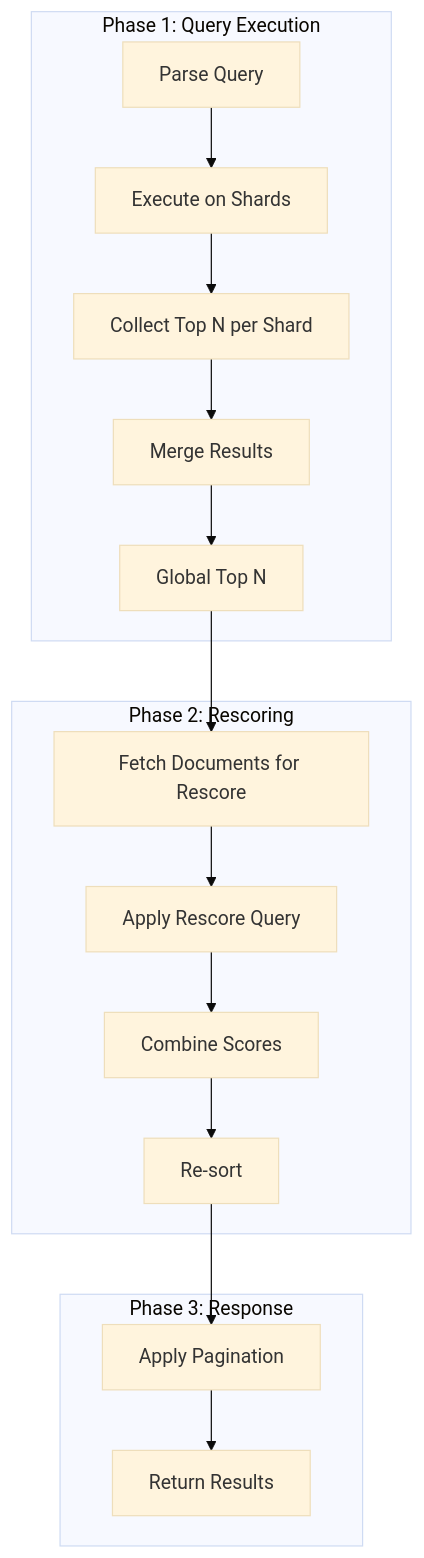
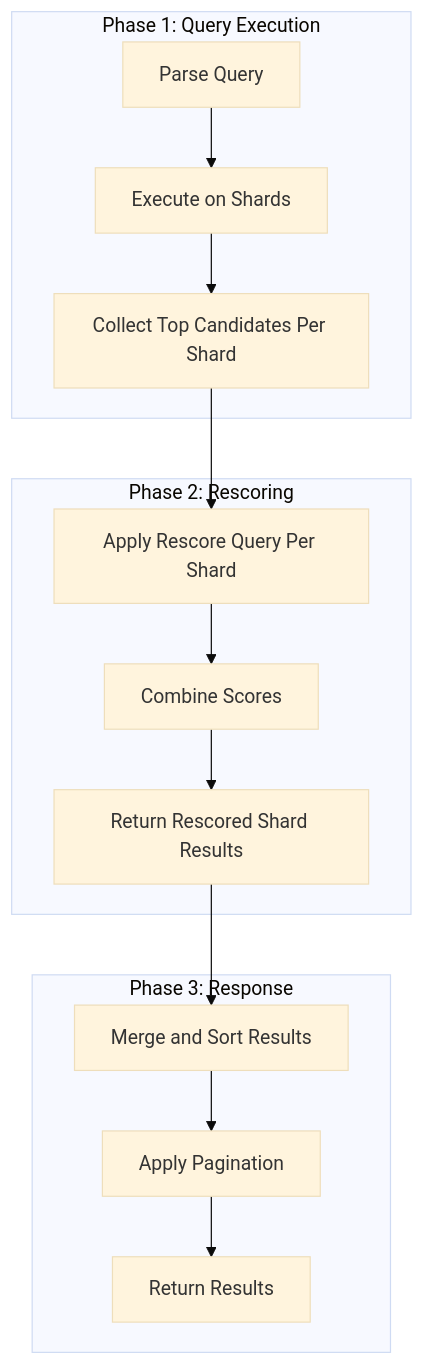
One commit to OneUptime/blog changed the fourth of 4 diagrams in posts/2026-01-30-elasticsearch-rescoring/README.md. Above: the diagram before and after it, drawn with Mermaid (base theme). The commit also changed other lines of this file and 2 other files, not shown here.

````diff
--- a/posts/2026-01-30-elasticsearch-rescoring/README.md
+++ b/posts/2026-01-30-elasticsearch-rescoring/README.md
@@ -445,21 +454,19 @@
 ```mermaid
 flowchart TD
     subgraph "Phase 1: Query Execution"
         A[Parse Query] --> B[Execute on Shards]
-        B --> C[Collect Top N per Shard]
-        C --> D[Merge Results]
-        D --> E[Global Top N]
+        B --> C[Collect Top Candidates Per Shard]
     end
 
     subgraph "Phase 2: Rescoring"
-        E --> F[Fetch Documents for Rescore]
-        F --> G[Apply Rescore Query]
-        G --> H[Combine Scores]
-        H --> I[Re-sort]
+        C --> D[Apply Rescore Query Per Shard]
+        D --> E[Combine Scores]
+        E --> F[Return Rescored Shard Results]
     end
 
     subgraph "Phase 3: Response"
-        I --> J[Apply Pagination]
-        J --> K[Return Results]
+        F --> G[Merge and Sort Results]
+        G --> H[Apply Pagination]
+        H --> I[Return Results]
     end
 ```
````
